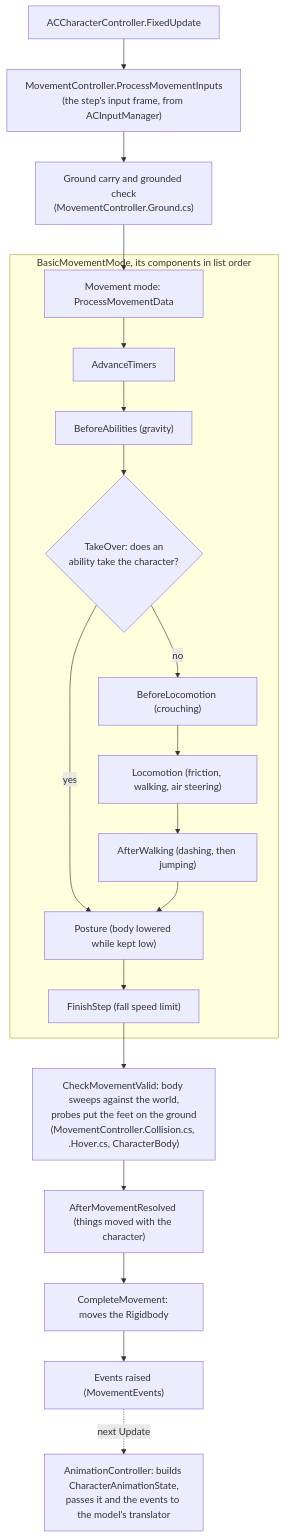
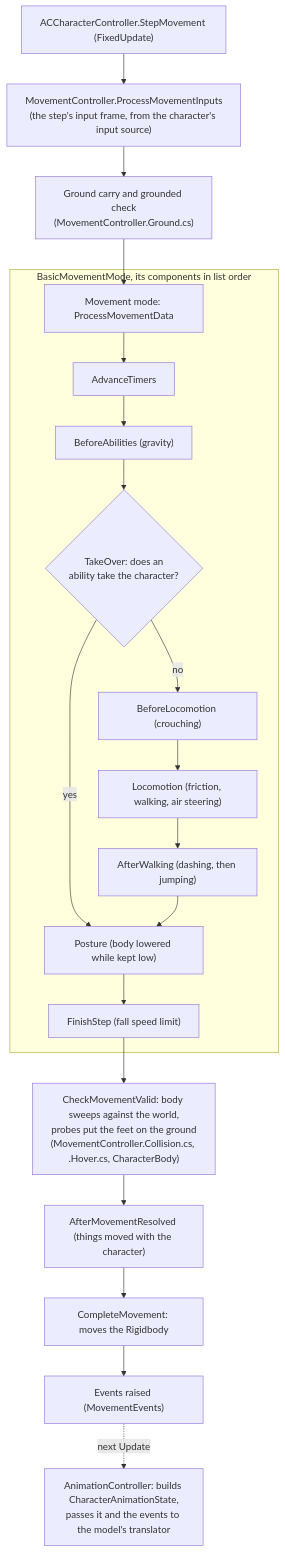
One commit to HOMMUSVAMPIRE/Character-Showcase changed the first of 2 diagrams in docs/architecture.md. Above: the diagram before and after it, drawn with Mermaid. The commit also changed 18 other files, not shown here.

````diff
--- a/docs/architecture.md
+++ b/docs/architecture.md
@@ -15,22 +15,22 @@
 ```mermaid
 flowchart TD
-    A["ACCharacterController.FixedUpdate"] --> B["MovementController.ProcessMovementInputs<br/>(the step's input frame, from ACInputManager)"]
+    A["ACCharacterController.StepMovement (FixedUpdate)"] --> B["MovementController.ProcessMovementInputs<br/>(the step's input frame, from the character's input source)"]
     B --> C["Ground carry and grounded check<br/>(MovementController.Ground.cs)"]
     C --> D["Movement mode: ProcessMovementData"]
     subgraph Mode["BasicMovementMode, its components in list order"]
         D --> D1["AdvanceTimers"]
         D1 --> D2["BeforeAbilities (gravity)"]
         D2 --> D3{"TakeOver: does an<br/>ability take the character?"}
         D3 -- no --> D4["BeforeLocomotion (crouching)"]
         D4 --> D5["Locomotion (friction, walking, air steering)"]
         D5 --> D6["AfterWalking (dashing, then jumping)"]
         D3 -- yes --> D7
         D6 --> D7["Posture (body lowered while kept low)"]
         D7 --> D8["FinishStep (fall speed limit)"]
     end
     D8 --> E["CheckMovementValid: body sweeps against the world,<br/>probes put the feet on the ground<br/>(MovementController.Collision.cs, .Hover.cs, CharacterBody)"]
     E --> F["AfterMovementResolved (things moved with the character)"]
     F --> G["CompleteMovement: moves the Rigidbody"]
     G --> H["Events raised (MovementEvents)"]
     H -. "next Update" .-> I["AnimationController: builds CharacterAnimationState,<br/>passes it and the events to the model's translator"]
 ```
````
